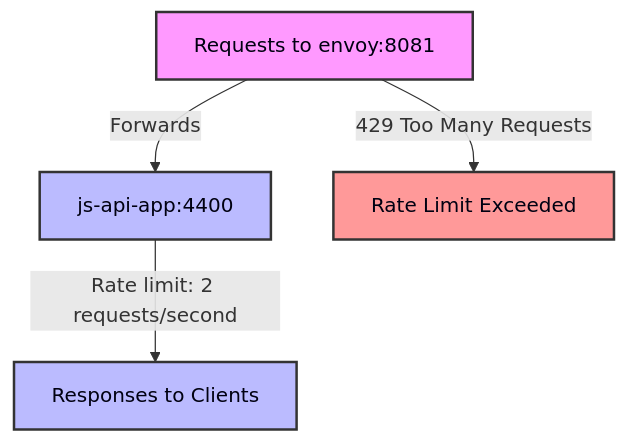
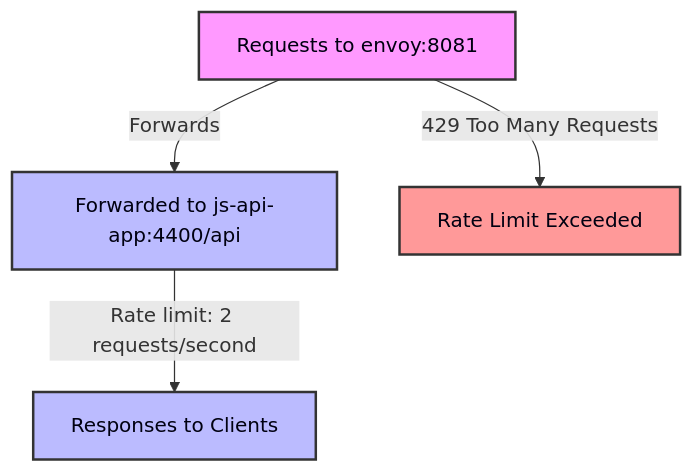
One commit to ThisIsDemetrio/experiments-with-envoy changed the diagram in envoy-rate-limiter/README.md. Above: the diagram before and after it, drawn with Mermaid.

Commit message:
fix: corrected another typo on envoy-rate-limiter

````diff
--- a/envoy-rate-limiter/README.md
+++ b/envoy-rate-limiter/README.md
@@ -19,11 +19,11 @@
 ```mermaid
 graph TD;
-    A[Requests to envoy:8081] -->|Forwards| B[js-api-app:4400]
+    A[Requests to envoy:8081] -->|Forwards| B[Forwarded to js-api-app:4400/api]
     B -->|Rate limit: 2 requests/second| C[Responses to Clients]
     A -->|429 Too Many Requests| D[Rate Limit Exceeded]
     
     style A fill:#f9f,color:#001,stroke:#333,stroke-width:2px;
     style B fill:#bbf,color:#001,stroke:#333,stroke-width:2px;
     style C fill:#bbf,color:#001,stroke:#333,stroke-width:2px;
     style D fill:#f99,color:#001,stroke:#333,stroke-width:2px;
 ```
````
